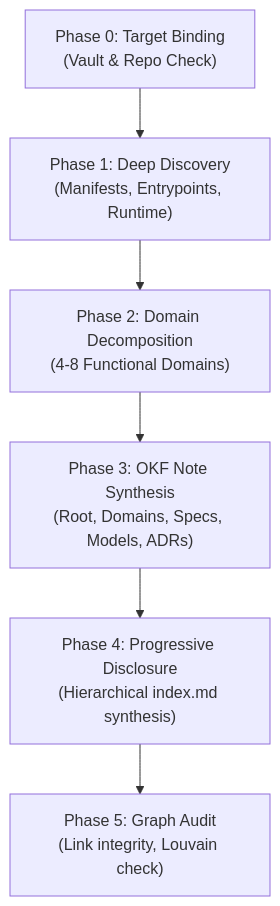
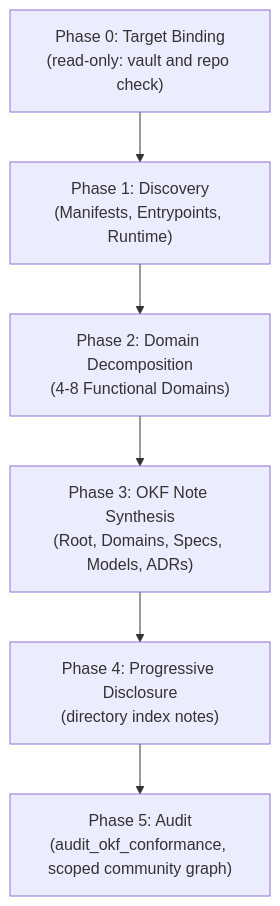
The diagram in skills/elara/references/codebase-mapping-protocol.md (PIIIX-org/chapters), drawn with Mermaid before and after one commit. The commit also changed other lines of this file and 4 other files, not shown here.

Commit message:
docs(skills): align elara skill references with the MCP schemas and note validation

````diff
--- a/skills/elara/references/codebase-mapping-protocol.md
+++ b/skills/elara/references/codebase-mapping-protocol.md
@@ -28,8 +33,8 @@
 ```mermaid
 flowchart TD
-    P0["Phase 0: Target Binding\n(Vault & Repo Check)"] --> P1["Phase 1: Deep Discovery\n(Manifests, Entrypoints, Runtime)"]
+    P0["Phase 0: Target Binding\n(read-only: vault and repo check)"] --> P1["Phase 1: Discovery\n(Manifests, Entrypoints, Runtime)"]
     P1 --> P2["Phase 2: Domain Decomposition\n(4-8 Functional Domains)"]
     P2 --> P3["Phase 3: OKF Note Synthesis\n(Root, Domains, Specs, Models, ADRs)"]
-    P3 --> P4["Phase 4: Progressive Disclosure\n(Hierarchical index.md synthesis)"]
-    P4 --> P5["Phase 5: Graph Audit\n(Link integrity, Louvain check)"]
+    P3 --> P4["Phase 4: Progressive Disclosure\n(directory index notes)"]
+    P4 --> P5["Phase 5: Audit\n(audit_okf_conformance, scoped community graph)"]
 ```
````
